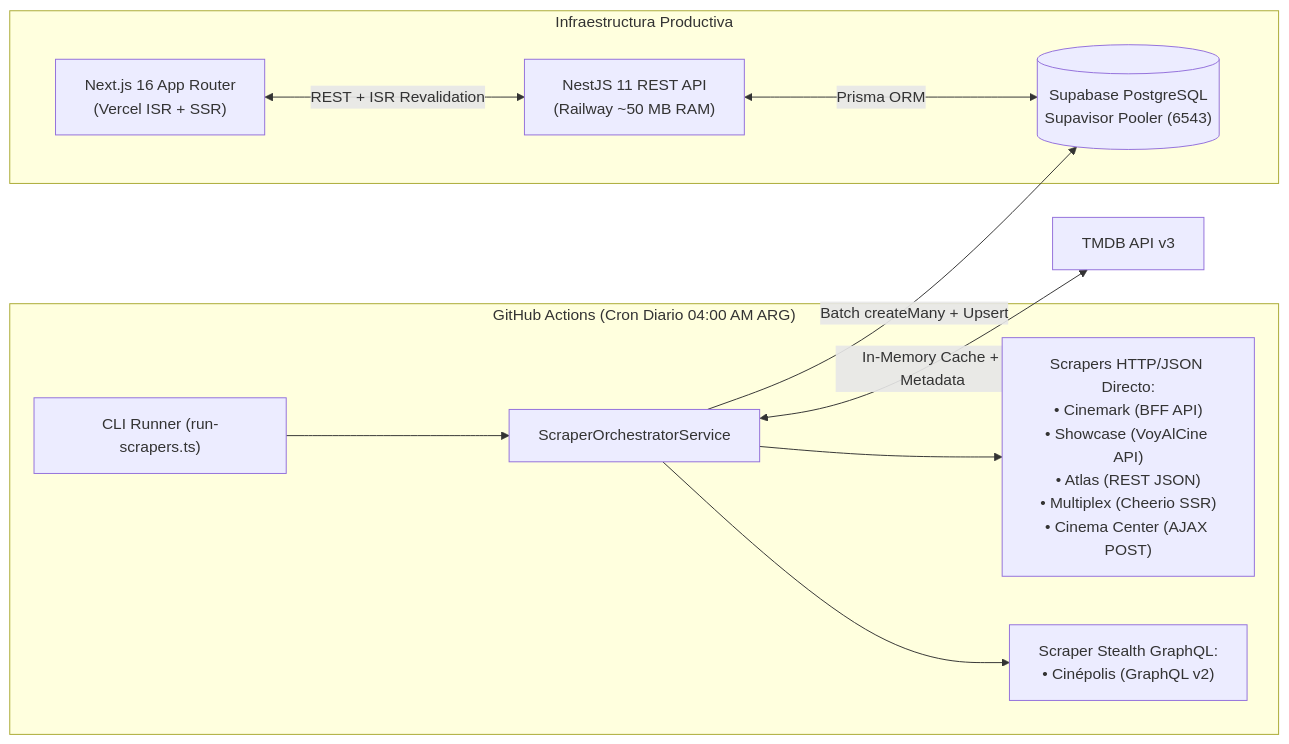
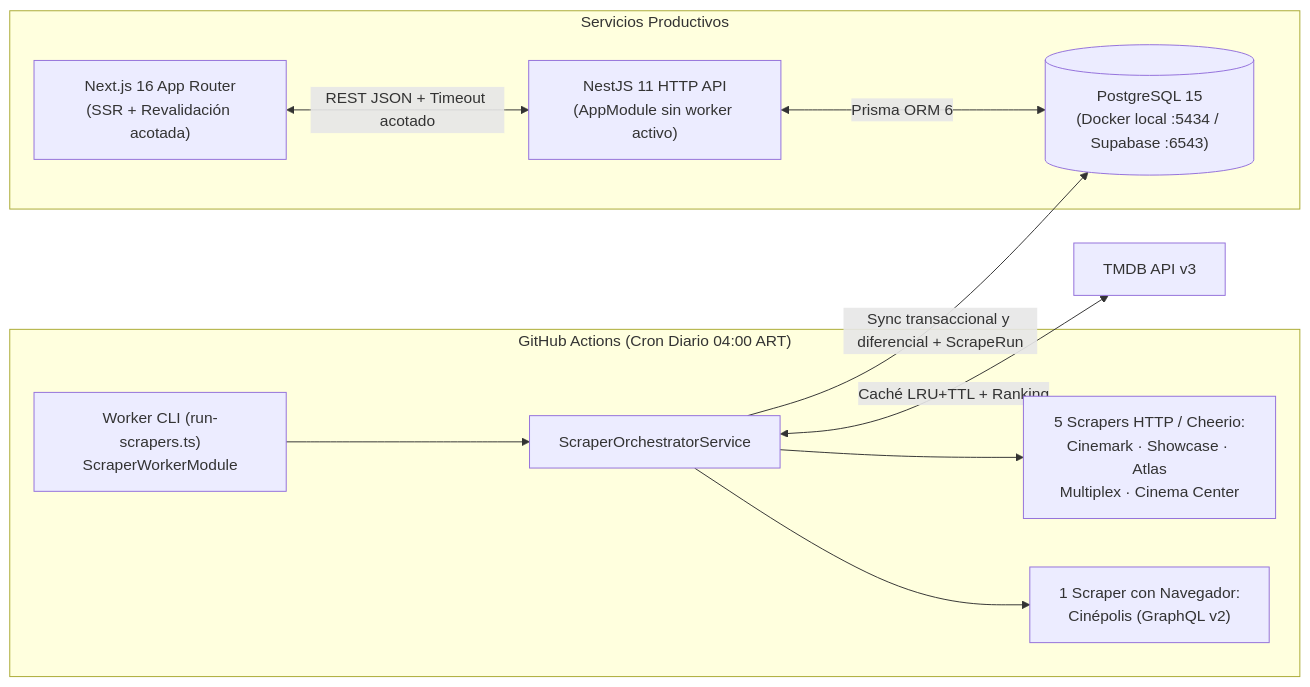
Before and after one commit to tomireyes28/cine-radar: the diagram in README.md, drawn with Mermaid. The commit also changed other lines of this file and 7 other files, not shown here.

Commit message:
docs: align local ports, add web .env.example, and rewrite verified README documentation (P3)

````diff
--- a/README.md
+++ b/README.md
@@ -9,21 +21,21 @@
 ```mermaid
 flowchart LR
-    subgraph GH["GitHub Actions (Cron Diario 04:00 AM ARG)"]
-        CLI["CLI Runner (run-scrapers.ts)"]
+    subgraph GH["GitHub Actions (Cron Diario 04:00 ART)"]
+        CLI["Worker CLI (run-scrapers.ts)\nScraperWorkerModule"]
         Orch["ScraperOrchestratorService"]
-        HTTP["Scrapers HTTP/JSON Directo:\n• Cinemark (BFF API)\n• Showcase (VoyAlCine API)\n• Atlas (REST JSON)\n• Multiplex (Cheerio SSR)\n• Cinema Center (AJAX POST)"]
-        GQL["Scraper Stealth GraphQL:\n• Cinépolis (GraphQL v2)"]
-        CLI --> Orch --> HTTP & GQL
+        HTTP["5 Scrapers HTTP / Cheerio:\nCinemark · Showcase · Atlas\nMultiplex · Cinema Center"]
+        Browser["1 Scraper con Navegador:\nCinépolis (GraphQL v2)"]
+        CLI --> Orch --> HTTP & Browser
     end
 
-    subgraph Cloud["Infraestructura Productiva"]
-        DB[("Supabase PostgreSQL\nSupavisor Pooler (6543)")]
-        API["NestJS 11 REST API\n(Railway ~50 MB RAM)"]
-        Web["Next.js 16 App Router\n(Vercel ISR + SSR)"]
+    subgraph Runtime["Servicios Productivos"]
+        DB[("PostgreSQL 15\n(Docker local :5434 / Supabase :6543)")]
+        API["NestJS 11 HTTP API\n(AppModule sin worker activo)"]
+        Web["Next.js 16 App Router\n(SSR + Revalidación acotada)"]
     end
 
-    Orch -->|Batch createMany + Upsert| DB
-    Orch <-->|In-Memory Cache + Metadata| TMDB["TMDB API v3"]
-    Web <-->|REST + ISR Revalidation| API
-    API <-->|Prisma ORM| DB
+    Orch -->|Sync transaccional y diferencial + ScrapeRun| DB
+    Orch <-->|Caché LRU+TTL + Ranking| TMDB["TMDB API v3"]
+    Web <-->|REST JSON + Timeout acotado| API
+    API <-->|Prisma ORM 6| DB
 ```
````
